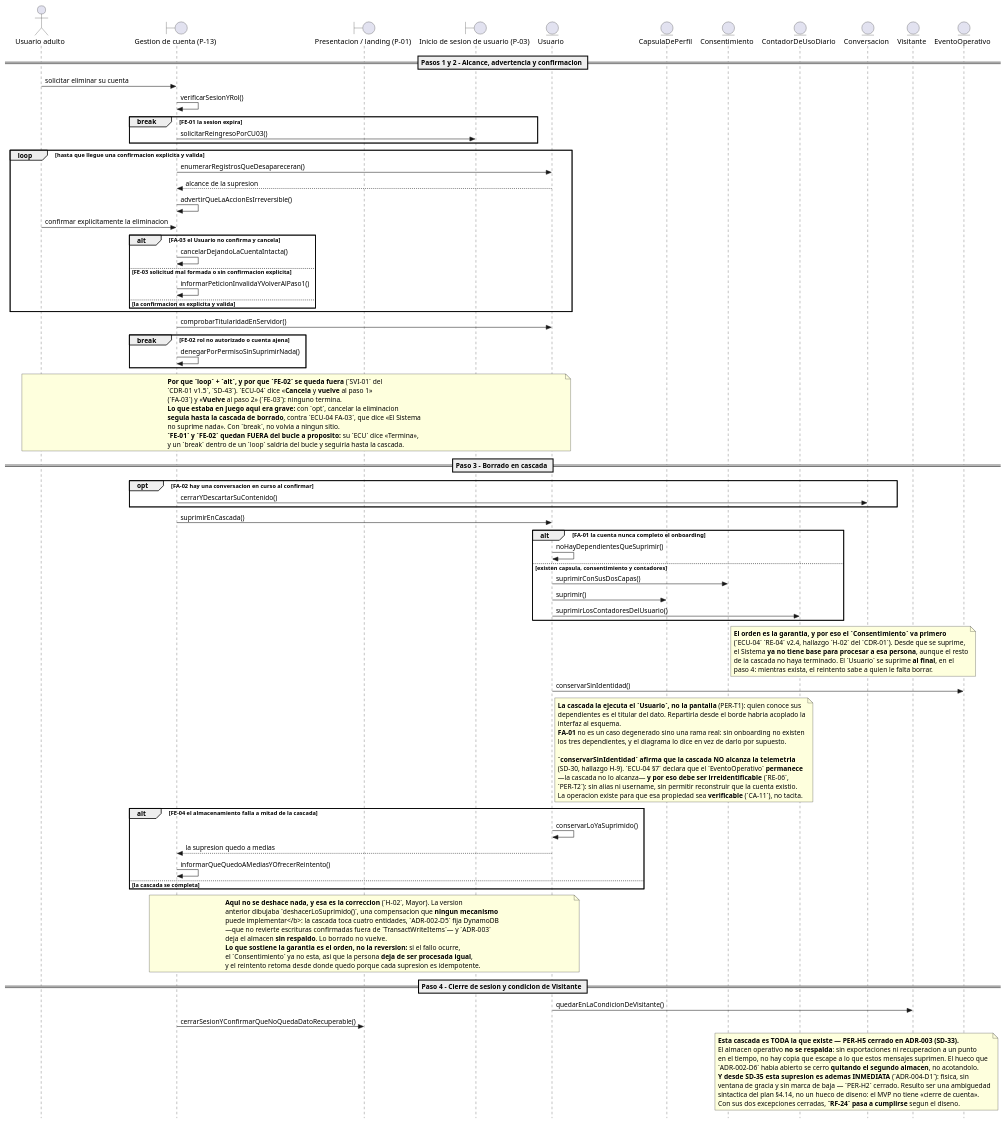
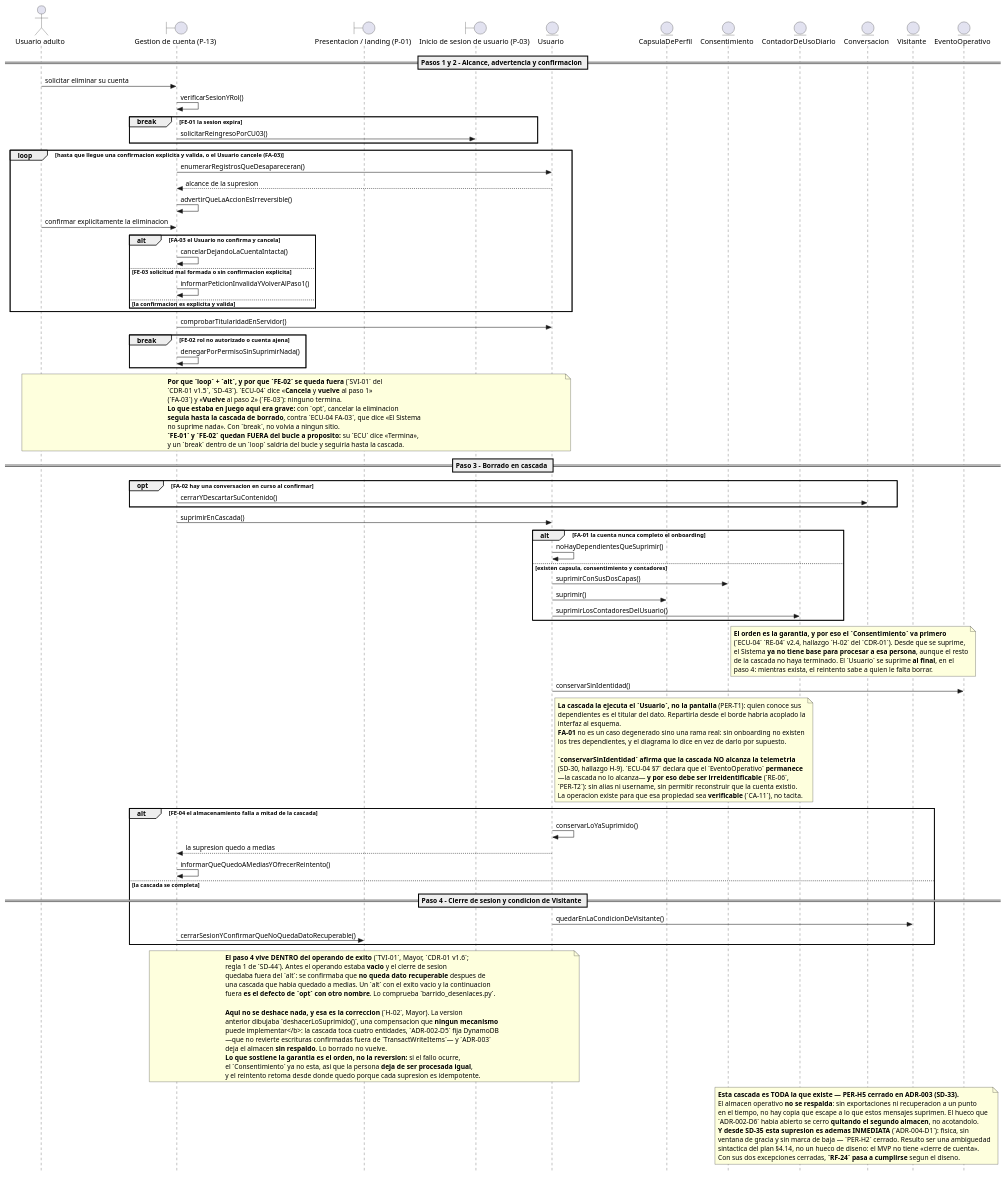
One commit to jonatan8254/alan-aura-academico changed the diagram in docs/07_casos_uso/secuencia/puml/DS-04_secuencia_eliminar_cuenta.puml. Above: the diagram before and after it, drawn with PlantUML. The commit also changed 34 other files, not shown here.

```diff
--- a/docs/07_casos_uso/secuencia/puml/DS-04_secuencia_eliminar_cuenta.puml
+++ b/docs/07_casos_uso/secuencia/puml/DS-04_secuencia_eliminar_cuenta.puml
@@ -1,155 +1,172 @@
 @startuml
 ' DS-04 - Secuencia de CU-04 «Eliminar cuenta»
+' v1.4 (TVI-01/03/04 del CDR-01 v1.6, SD-44): TVI-01: el paso 4 pasa DENTRO del operando de exito de FE-04; la guarda nombra FA-03.
+'       CONVENCION SD-44 — R1: el sufijo de exito vive DENTRO de su operando.
+'       R2: un break dentro de un loop solo vale si lo que sigue al bucle es
+'       limpieza comun. R3: el punto de reentrada es normativo en la ECU y
+'       verificable en el CP; el diagrama NO lo dibuja. R4: la guarda nombra
+'       todas las salidas del bucle. Lo comprueba barrido_desenlaces.py.
 ' v1.3 (SVI-01 del CDR-01 v1.5, SD-43): FA-03 y FE-03 a `alt` dentro de un `loop`, y FE-04 a `alt` (ECU-04: los tres «Vuelve»).
 '       Tercer intento sobre la misma rama, y el primero que lee el DESENLACE de la
 '       ECU en vez de la categoria del flujo. `break` abandonaba; `opt` caia al exito;
 '       `break` otra vez (SD-41) se restauro alegando que la ECU decia «Termina», lo
-'       cual es FALSO. Ahora `loop` + `alt`: el alt excluye, el loop realiza el retorno.
-'       Los break legitimos quedan FUERA del loop a proposito: dentro saldrian del
+'       cual es FALSO. Y `loop` + `alt` (SD-43) tampoco bastaba: la TERCERA verificacion
+'       (TVI-01/02, CDR-01 v1.6) mostro que el operando de exito quedaba VACIO y la
+'       continuacion FUERA del alt, asi que el sufijo de exito se ejecutaba igual.
+'       SD-44 fija la convencion: el sufijo de exito vive DENTRO de su operando, y el
+'       punto exacto de reentrada es normativo en la ECU y verificable en el CP — el
+'       diagrama NO pretende dibujarlo. Los break legitimos quedan fuera del loop; dentro
+'       saldrian del
 '       bucle y seguirian ejecutando, en vez de terminar.
 ' v1.2 (VI-01 del CDR-01 v1.4, SD-41): FA-03, FE-03 y FE-04 vuelven de opt a BREAK.
 '       Criterio: estan a profundidad 0 —el fragmento envolvente es la interaccion
 '       entera— y su fila de ECU declara que el remanente NO se ejecuta. En UML 2.5
 '       `break` ejecuta su operando EN LUGAR DEL RESTO: es esa semantica exacta.
 '       `opt` solo saltaba su cuerpo y el flujo caia al exito.
 '       Consecuencia declarada: para estos casos el `break` ORIGINAL era correcto y
 '       esa parte de H-01 fue un falso positivo. Ver DS-00 §12.
 ' v1.1 (CDR-01): H-01 — FA-03, FE-03 y FE-04 pasan de break a opt.
 '       H-02 (Mayor) — la cascada se REORDENA (Consentimiento primero, Usuario al final) y
 '       FE-04 deja de deshacer: conserva lo suprimido y ofrece reintento. Ver ECU-04 v2.4.
 ' v1.0 (fase de diseno detallado, ICONIX paso 6)
 ' Insumos: DR-04 v2.0 (11 controladores), ECU-04 v2.0, MD-01 v1.4, DCU-01 v2.1,
 '          DIS-00 (P-13; destinos P-01, P-03), PER-01 v1.2 (PER-T1), PRIV-01.
 ' Capa de infraestructura: NO EJECUTADA por decision declarada (E-1 de DS-00).
 
 skinparam style strictuml
 skinparam shadowing false
 skinparam responseMessageBelowArrow true
 
 actor "Usuario adulto" as ACT_Usuario
 boundary "Gestion de cuenta (P-13)" as B_PaginaGestionCuenta
 boundary "Presentacion / landing (P-01)" as B_PaginaPresentacion
 boundary "Inicio de sesion de usuario (P-03)" as B_PaginaInicioSesion
 entity "Usuario" as E_Usuario
 entity "CapsulaDePerfil" as E_CapsulaDePerfil
 entity "Consentimiento" as E_Consentimiento
 entity "ContadorDeUsoDiario" as E_ContadorDeUsoDiario
 entity "Conversacion" as E_Conversacion
 entity "Visitante" as E_Visitante
 entity "EventoOperativo" as E_EventoOperativo
 
 == Pasos 1 y 2 - Alcance, advertencia y confirmacion ==
 
 ACT_Usuario -> B_PaginaGestionCuenta : solicitar eliminar su cuenta
 B_PaginaGestionCuenta -> B_PaginaGestionCuenta : verificarSesionYRol()
 
 break FE-01 la sesion expira
   B_PaginaGestionCuenta -> B_PaginaInicioSesion : solicitarReingresoPorCU03()
 end
 
-loop hasta que llegue una confirmacion explicita y valida
+loop hasta que llegue una confirmacion explicita y valida, o el Usuario cancele (FA-03)
   B_PaginaGestionCuenta -> E_Usuario : enumerarRegistrosQueDesapareceran()
   E_Usuario --> B_PaginaGestionCuenta : alcance de la supresion
   B_PaginaGestionCuenta -> B_PaginaGestionCuenta : advertirQueLaAccionEsIrreversible()
   ACT_Usuario -> B_PaginaGestionCuenta : confirmar explicitamente la eliminacion
 
   alt FA-03 el Usuario no confirma y cancela
     B_PaginaGestionCuenta -> B_PaginaGestionCuenta : cancelarDejandoLaCuentaIntacta()
   else FE-03 solicitud mal formada o sin confirmacion explicita
     B_PaginaGestionCuenta -> B_PaginaGestionCuenta : informarPeticionInvalidaYVolverAlPaso1()
   else la confirmacion es explicita y valida
   end
 end
 
 B_PaginaGestionCuenta -> E_Usuario : comprobarTitularidadEnServidor()
 
 break FE-02 rol no autorizado o cuenta ajena
   B_PaginaGestionCuenta -> B_PaginaGestionCuenta : denegarPorPermisoSinSuprimirNada()
 end
 
 note over ACT_Usuario, E_Usuario
   <b>Por que `loop` + `alt`, y por que `FE-02` se queda fuera</b> (`SVI-01` del
   `CDR-01 v1.5`, `SD-43`). `ECU-04` dice «<b>Cancela</b> y <b>vuelve</b> al paso 1»
   (`FA-03`) y «<b>Vuelve</b> al paso 2» (`FE-03`): ninguno termina.
   <b>Lo que estaba en juego aqui era grave:</b> con `opt`, cancelar la eliminacion
   <b>seguia hasta la cascada de borrado</b>, contra `ECU-04 FA-03`, que dice «El Sistema
   no suprime nada». Con `break`, no volvia a ningun sitio.
   <b>`FE-01` y `FE-02` quedan FUERA del bucle a proposito:</b> su `ECU` dice «Termina»,
   y un `break` dentro de un `loop` saldria del bucle y seguiria hasta la cascada.
 end note
 
 == Paso 3 - Borrado en cascada ==
 
 opt FA-02 hay una conversacion en curso al confirmar
   B_PaginaGestionCuenta -> E_Conversacion : cerrarYDescartarSuContenido()
 end
 
 B_PaginaGestionCuenta -> E_Usuario : suprimirEnCascada()
 
 alt FA-01 la cuenta nunca completo el onboarding
   E_Usuario -> E_Usuario : noHayDependientesQueSuprimir()
 else existen capsula, consentimiento y contadores
   E_Usuario -> E_Consentimiento : suprimirConSusDosCapas()
   E_Usuario -> E_CapsulaDePerfil : suprimir()
   E_Usuario -> E_ContadorDeUsoDiario : suprimirLosContadoresDelUsuario()
 end
 
 note right of E_Consentimiento
   <b>El orden es la garantia, y por eso el `Consentimiento` va primero</b>
   (`ECU-04` `RE-04` v2.4, hallazgo `H-02` del `CDR-01`). Desde que se suprime,
   el Sistema <b>ya no tiene base para procesar a esa persona</b>, aunque el resto
   de la cascada no haya terminado. El `Usuario` se suprime <b>al final</b>, en el
   paso 4: mientras exista, el reintento sabe a quien le falta borrar.
 end note
 
 E_Usuario -> E_EventoOperativo : conservarSinIdentidad()
 
 note right of E_Usuario
   <b>La cascada la ejecuta el `Usuario`, no la pantalla</b> (PER-T1): quien conoce sus
   dependientes es el titular del dato. Repartirla desde el borde habria acoplado la
   interfaz al esquema.
   <b>FA-01</b> no es un caso degenerado sino una rama real: sin onboarding no existen
   los tres dependientes, y el diagrama lo dice en vez de darlo por supuesto.
 
   <b>`conservarSinIdentidad` afirma que la cascada NO alcanza la telemetria</b>
   (SD-30, hallazgo H-9). `ECU-04 §7` declara que el `EventoOperativo` <b>permanece</b>
   —la cascada no lo alcanza— <b>y por eso debe ser irreidentificable</b> (`RE-06`,
   `PER-T2`): sin alias ni username, sin permitir reconstruir que la cuenta existio.
   La operacion existe para que esa propiedad sea <b>verificable</b> (`CA-11`), no tacita.
 end note
 
 alt FE-04 el almacenamiento falla a mitad de la cascada
   E_Usuario -> E_Usuario : conservarLoYaSuprimido()
   E_Usuario --> B_PaginaGestionCuenta : la supresion quedo a medias
   B_PaginaGestionCuenta -> B_PaginaGestionCuenta : informarQueQuedoAMediasYOfrecerReintento()
 else la cascada se completa
+
+  == Paso 4 - Cierre de sesion y condicion de Visitante ==
+
+  E_Usuario -> E_Visitante : quedarEnLaCondicionDeVisitante()
+  B_PaginaGestionCuenta -> B_PaginaPresentacion : cerrarSesionYConfirmarQueNoQuedaDatoRecuperable()
 end
 
 note over E_Usuario, B_PaginaGestionCuenta
+  <b>El paso 4 vive DENTRO del operando de exito</b> (`TVI-01`, Mayor, `CDR-01 v1.6`;
+  regla 1 de `SD-44`). Antes el operando estaba <b>vacio</b> y el cierre de sesion
+  quedaba fuera del `alt`: se confirmaba que <b>no queda dato recuperable</b> despues de
+  una cascada que habia quedado a medias. Un `alt` con el exito vacio y la continuacion
+  fuera <b>es el defecto de `opt` con otro nombre</b>. Lo comprueba `barrido_desenlaces.py`.
+
   <b>Aqui no se deshace nada, y esa es la correccion</b> (`H-02`, Mayor). La version
   anterior dibujaba `deshacerLoSuprimido()`, una compensacion que <b>ningun mecanismo
   puede implementar</b>: la cascada toca cuatro entidades, `ADR-002-D5` fija DynamoDB
   —que no revierte escrituras confirmadas fuera de `TransactWriteItems`— y `ADR-003`
   deja el almacen <b>sin respaldo</b>. Lo borrado no vuelve.
   <b>Lo que sostiene la garantia es el orden, no la reversion:</b> si el fallo ocurre,
   el `Consentimiento` ya no esta, asi que la persona <b>deja de ser procesada igual</b>,
   y el reintento retoma desde donde quedo porque cada supresion es idempotente.
 end note
-
-== Paso 4 - Cierre de sesion y condicion de Visitante ==
-
-E_Usuario -> E_Visitante : quedarEnLaCondicionDeVisitante()
-B_PaginaGestionCuenta -> B_PaginaPresentacion : cerrarSesionYConfirmarQueNoQuedaDatoRecuperable()
 
 note over E_ContadorDeUsoDiario, E_Visitante
   <b>Esta cascada es TODA la que existe — PER-H5 cerrado en ADR-003 (SD-33).</b>
   El almacen operativo <b>no se respalda</b>: sin exportaciones ni recuperacion a un punto
   en el tiempo, no hay copia que escape a lo que estos mensajes suprimen. El hueco que
   `ADR-002-D6` habia abierto se cerro <b>quitando el segundo almacen</b>, no acotandolo.
   <b>Y desde SD-35 esta supresion es ademas INMEDIATA</b> (`ADR-004-D1`): fisica, sin
   ventana de gracia y sin marca de baja — `PER-H2` cerrado. Resulto ser una ambiguedad
   sintactica del plan §4.14, no un hueco de diseno: el MVP no tiene «cierre de cuenta».
   Con sus dos excepciones cerradas, <b>`RF-24` pasa a cumplirse</b> segun el diseno.
 end note
 
 @enduml
```
